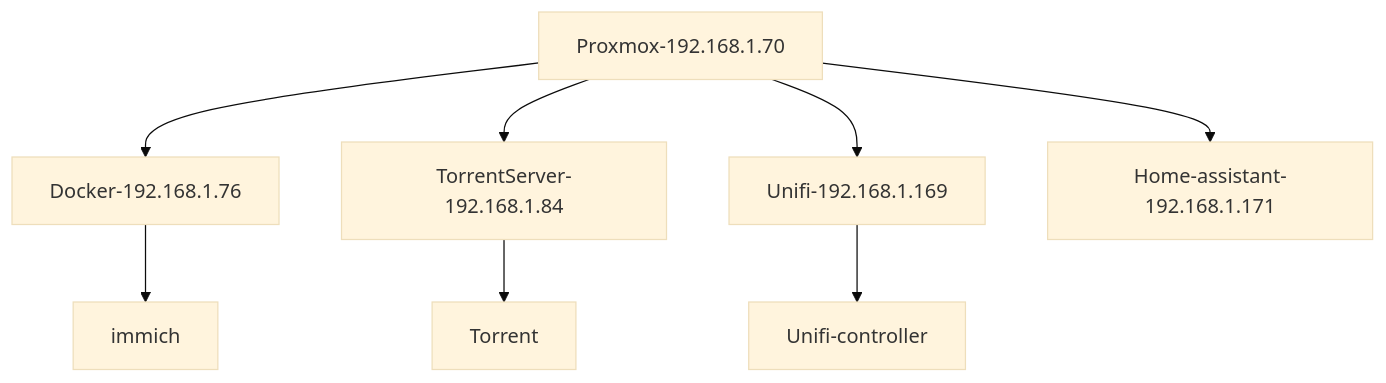
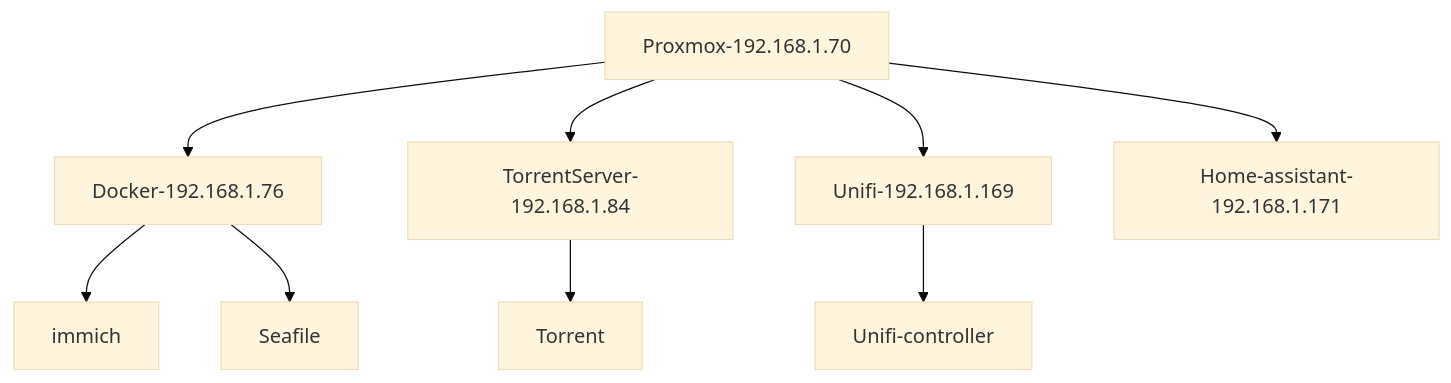
Before and after one commit to BenceGyurus/Homelab: the diagram in diagrams/infra.mmd, drawn with Mermaid (base theme). The commit also changed 4 other files, not shown here.

```diff
--- a/diagrams/infra.mmd
+++ b/diagrams/infra.mmd
@@ -1,11 +1,12 @@
 graph TD;
     Proxmox-192.168.1.70-->Docker-192.168.1.76;
     Docker-192.168.1.76-->immich;
+    Docker-192.168.1.76-->Seafile
     
     Proxmox-192.168.1.70-->TorrentServer-192.168.1.84;
     TorrentServer-192.168.1.84-->Torrent
     
     Proxmox-192.168.1.70-->Unifi-192.168.1.169
     Unifi-192.168.1.169-->Unifi-controller
     
     Proxmox-192.168.1.70-->Home-assistant-192.168.1.171
```
